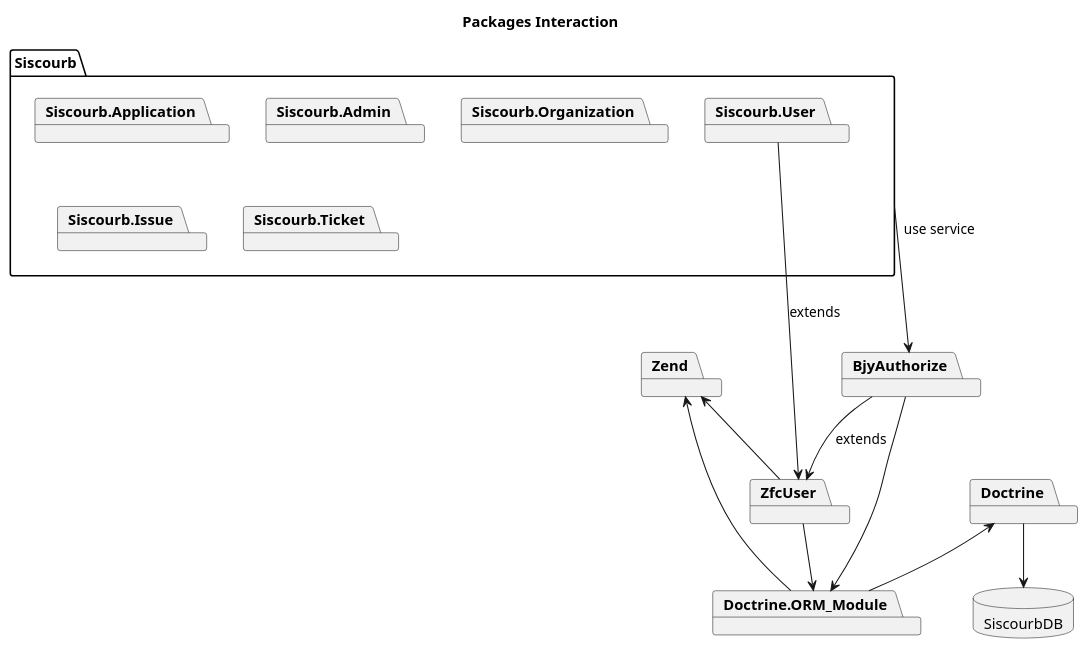
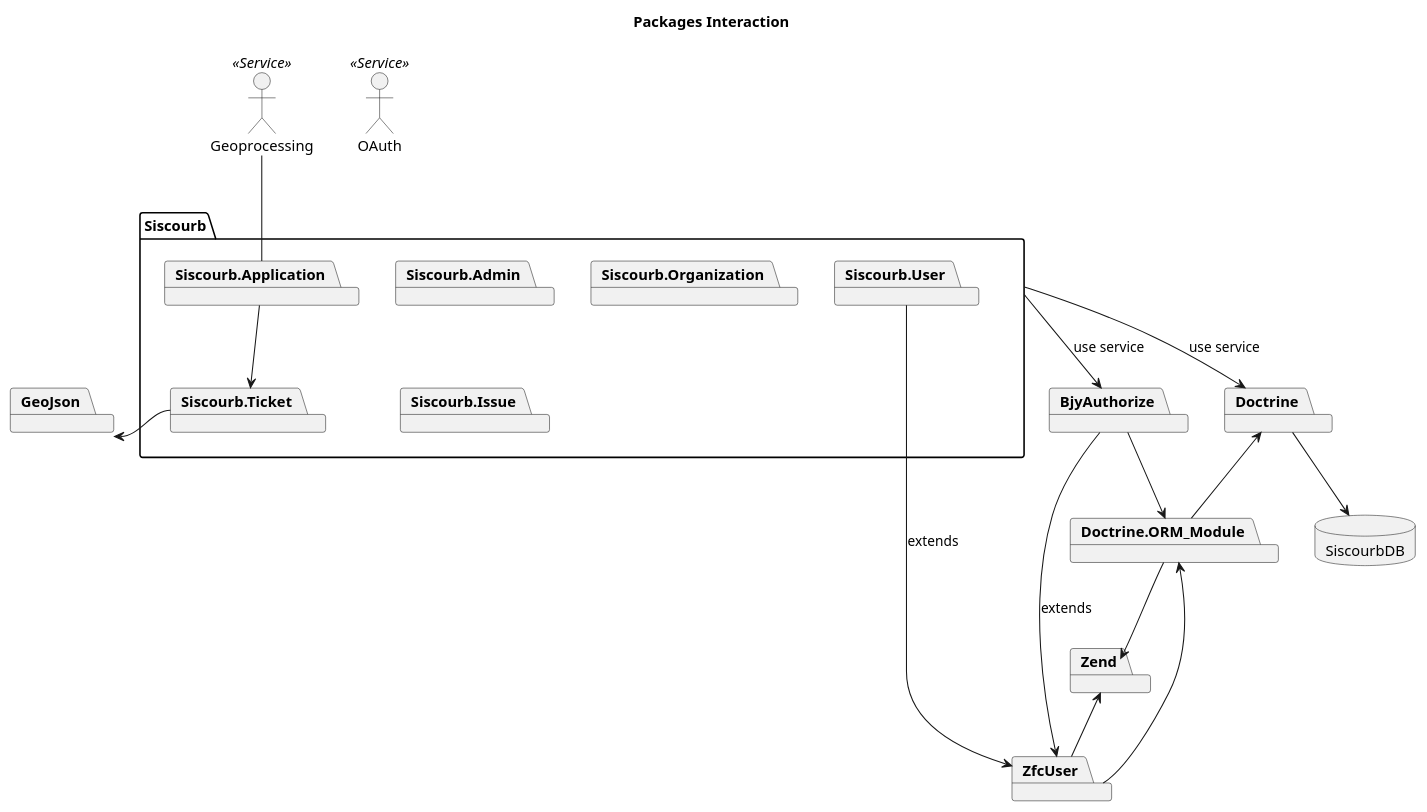
One commit to mihailov-vf/siscourb changed the diagram in docs/UML/siscourb_packages.puml. Above: the diagram before and after it, drawn with PlantUML. The commit also changed 37 other files, not shown here.

```diff
--- a/docs/UML/siscourb_packages.puml
+++ b/docs/UML/siscourb_packages.puml
@@ -1,46 +1,59 @@
 @startuml
 
 title Packages Interaction
 
 
 package Siscourb{
     package Siscourb.Application
 
     package Siscourb.User
 
     package Siscourb.Admin
 
     package Siscourb.Organization
 
     package Siscourb.Issue
 
     package Siscourb.Ticket
 }
 
+actor Geoprocessing <<Service>>
+actor OAuth <<Service>>
+
+package GeoJson
+
+GeoJson <- Siscourb.Ticket
+
+Geoprocessing -- Siscourb.Application
+
+Siscourb.Application --> Siscourb.Ticket
+
 package Zend
 
 package Doctrine.ORM_Module
 
 package Doctrine
 
 database "SiscourbDB"
+
+Siscourb --> Doctrine :use service
 
 Doctrine --> SiscourbDB
 
 Doctrine <-- Doctrine.ORM_Module
 Doctrine.ORM_Module --> Zend
 
 package ZfcUser
 
 package BjyAuthorize
 
 Zend <-- ZfcUser
 BjyAuthorize --> ZfcUser :extends
 
 ZfcUser --> Doctrine.ORM_Module
 BjyAuthorize --> Doctrine.ORM_Module
 
-Siscourb ---> BjyAuthorize :use service
+Siscourb --> BjyAuthorize :use service
 Siscourb.User --> ZfcUser :extends
 
 @enduml
```
